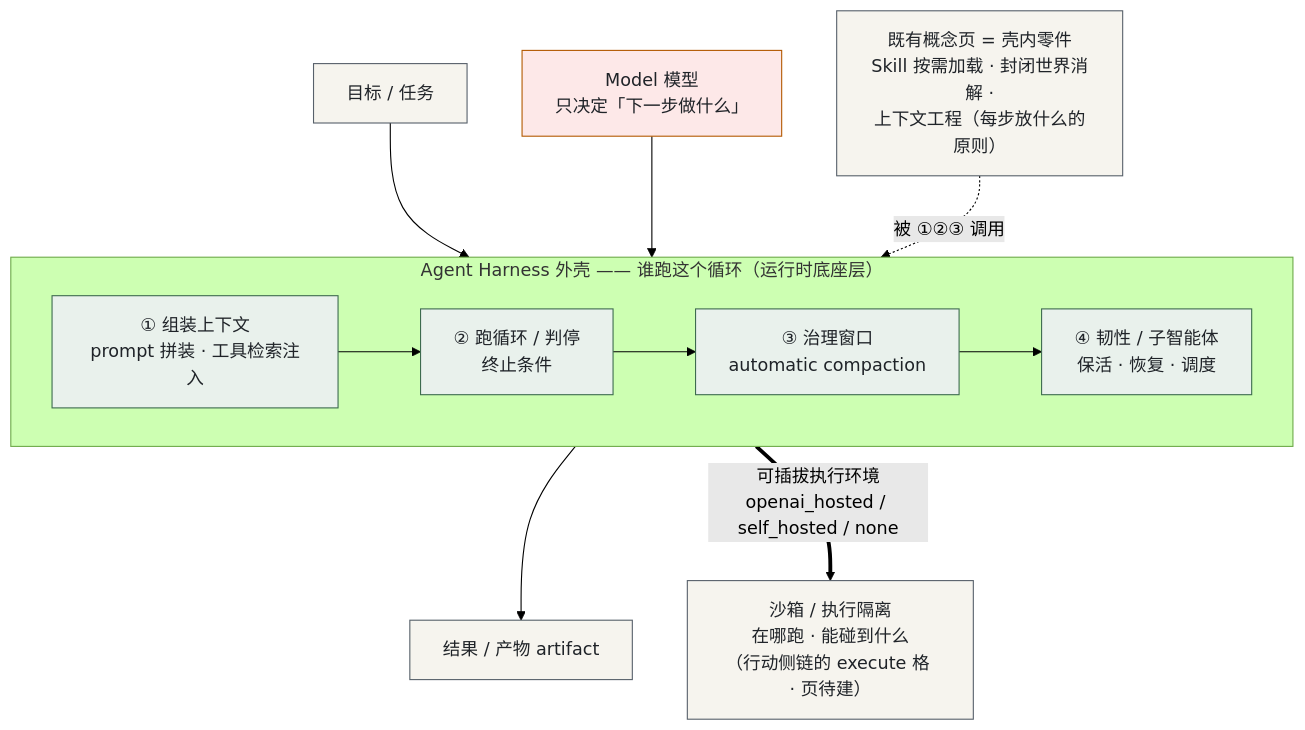
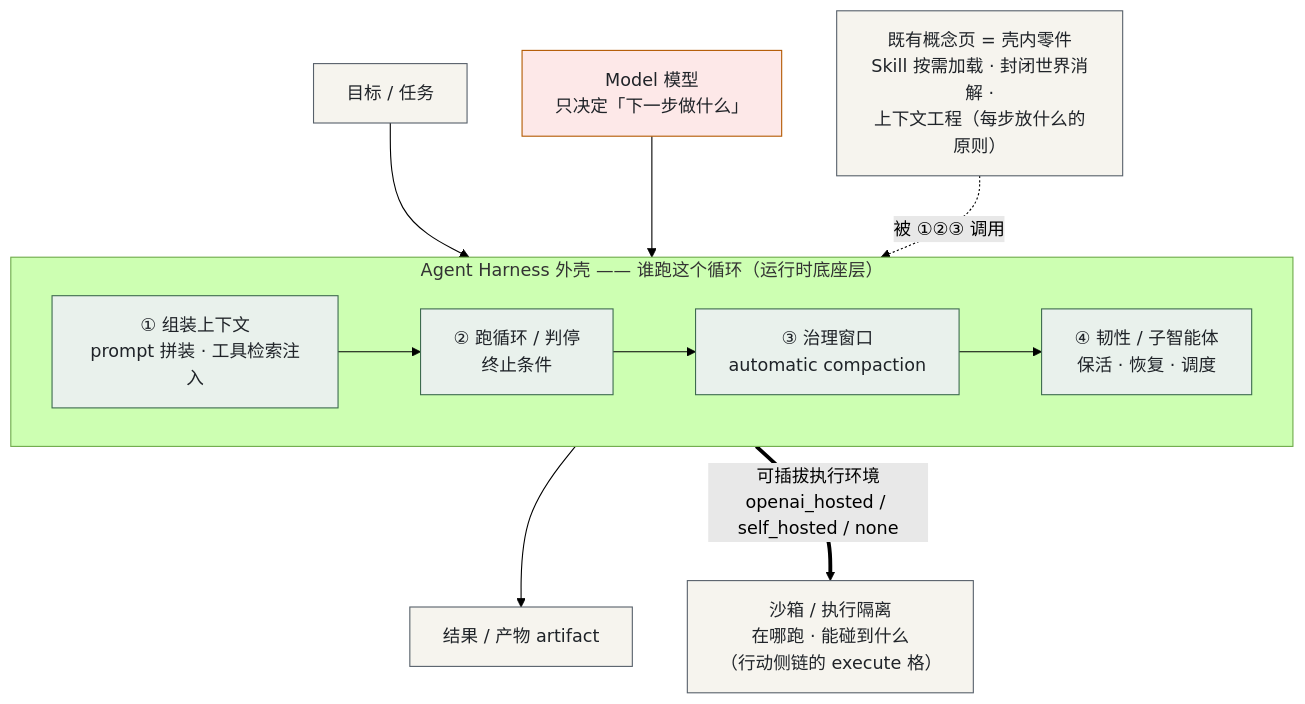
The seventh of 8 diagrams in concept-relationship.md (ohh0525/silent-madman), drawn with Mermaid (forest theme) before and after one commit. The commit also changed other lines of this file and 11 other files, not shown here.

Commit message:
feat(wiki): ingest agent-sandbox (source 11, execute leg closed) + graph isolation section; restore 2 lost overview edits

````diff
--- a/concept-relationship.md
+++ b/concept-relationship.md
@@ -376,29 +378,29 @@
 ```mermaid
 flowchart TB
     T["目标 / 任务"] --> H
     M["Model 模型<br/>只决定「下一步做什么」"] --> H
 
     subgraph H["Agent Harness 外壳 —— 谁跑这个循环（运行时底座层）"]
         direction LR
         ASM["① 组装上下文<br/>prompt 拼装 · 工具检索注入"]
         LOOP["② 跑循环 / 判停<br/>终止条件"]
         GOV["③ 治理窗口<br/>automatic compaction"]
         DUR["④ 韧性 / 子智能体<br/>保活 · 恢复 · 调度"]
         ASM --> LOOP --> GOV --> DUR
     end
 
     PARTS["既有概念页 = 壳内零件<br/>Skill 按需加载 · 封闭世界消解 ·<br/>上下文工程（每步放什么的原则）"] -.被 ①②③ 调用.-> H
 
-    H ==>|"可插拔执行环境<br/>openai_hosted / self_hosted / none"| ENV["沙箱 / 执行隔离<br/>在哪跑 · 能碰到什么<br/>（行动侧链的 execute 格 · 页待建）"]
+    H ==>|"可插拔执行环境<br/>openai_hosted / self_hosted / none"| ENV["沙箱 / 执行隔离<br/>在哪跑 · 能碰到什么<br/>（行动侧链的 execute 格）"]
 
     DUR --> OUT["结果 / 产物 artifact"]
 
     classDef model fill:#fde8e8,stroke:#b35900,color:#1f2328
     classDef harness fill:#e9f1ec,stroke:#3d6b4f,color:#1f2328
     classDef parts fill:#f6f4ee,stroke:#57606a,color:#1f2328
     classDef env fill:#e8eef9,stroke:#2f4f8f,color:#1f2328
     class M model
     class ASM,LOOP,GOV,DUR harness
     class PARTS parts
     class ENV,OUT,T parts
 ```
````
